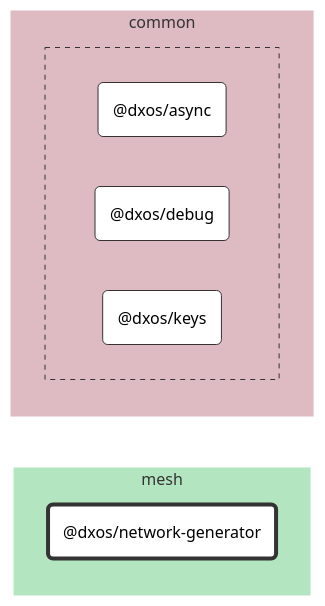
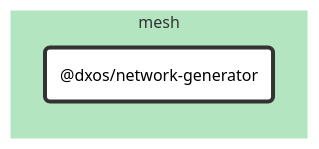
The diagram in packages/mesh/network-generator/docs/README.md (dxos/dxos), drawn with Mermaid (forest theme) before and after one commit. The commit also changed 87 other files, not shown here.

````diff
--- a/packages/mesh/network-generator/docs/README.md
+++ b/packages/mesh/network-generator/docs/README.md
@@ -7,44 +7,20 @@
 ```mermaid
 %%{ init: {'flowchart':{'curve':'basis'}} }%%
 
 flowchart LR
 
-%% Links
+%% Classes
+classDef def fill:#fff,stroke:#333,stroke-width:1px
+classDef root fill:#fff,stroke:#333,stroke-width:4px
 
-%% Sections
-subgraph mesh
-  style mesh fill:#b3e6c0,stroke:#fff;
+%% Nodes
 
-  dxos/network-generator("@dxos/network-generator")
+subgraph mesh [mesh]
+  style mesh fill:#b3e6c0,stroke:#fff
+  dxos/network-generator("@dxos/network-generator"):::root
+  click dxos/network-generator "dxos/dxos/tree/main/packages/mesh/network-generator/docs"
 end
 
-subgraph common
-  style common fill:#debac2,stroke:#fff;
-
-
-  subgraph common-excluded [ ]
-    style common-excluded fill:#debac2,stroke:#333,stroke-dasharray:5 5;
-
-    dxos/async("@dxos/async")
-    dxos/debug("@dxos/debug")
-    dxos/keys("@dxos/keys")
-  end
-end
-
-
-%% Hyperlinks
-click dxos/async "dxos/dxos/tree/main/packages/common/async/docs";
-click dxos/debug "dxos/dxos/tree/main/packages/common/debug/docs";
-click dxos/keys "dxos/dxos/tree/main/packages/common/keys/docs";
-
-%% Styles
-classDef rootNode fill:#fff,stroke:#333,stroke-width:4px
-classDef defaultNode fill:#fff,stroke:#333,stroke-width:1px
+%% Links
 linkStyle default stroke:#333,stroke-width:1px
-
-dxos/network-generator:::rootNode
-
-dxos/async:::defaultNode
-dxos/debug:::defaultNode
-dxos/keys:::defaultNode
 ```
````
